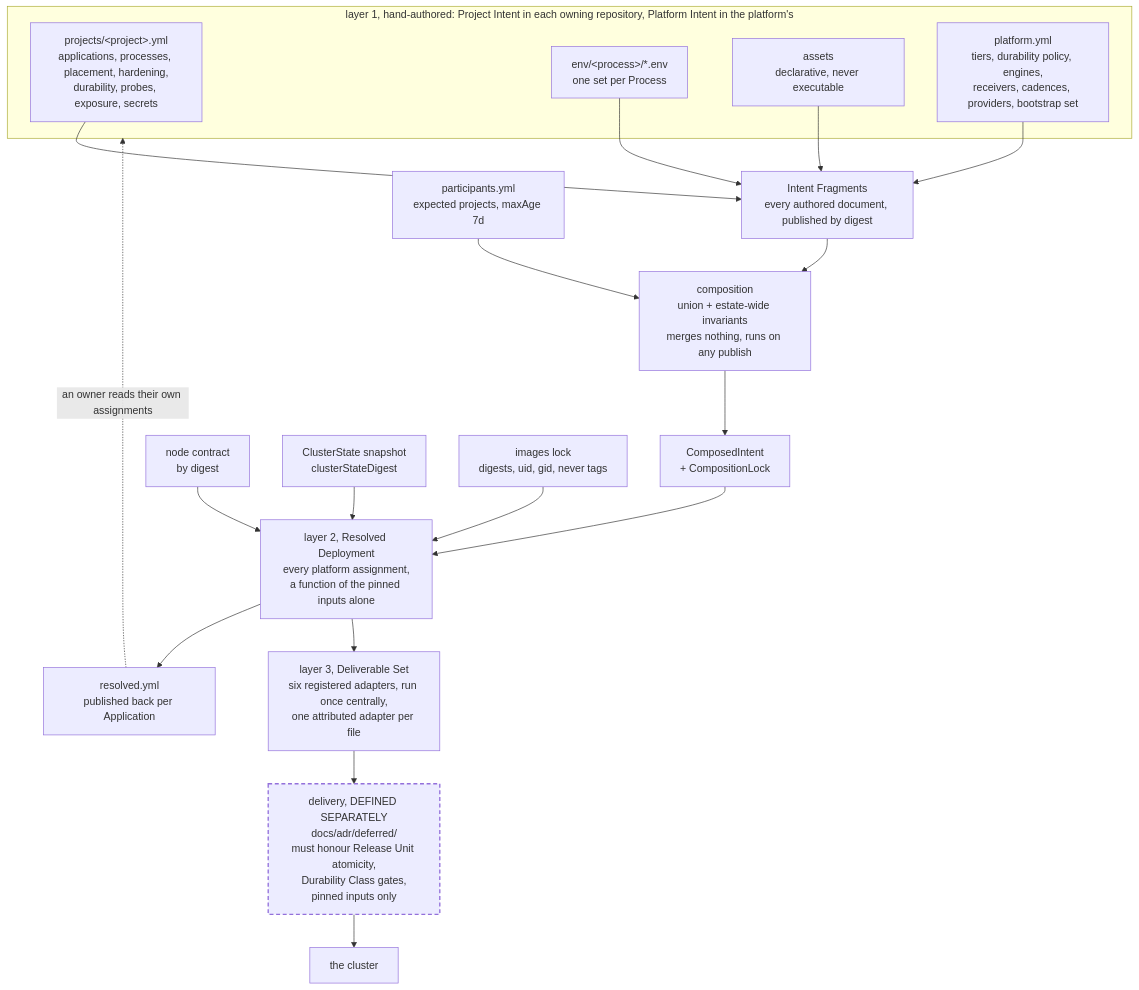
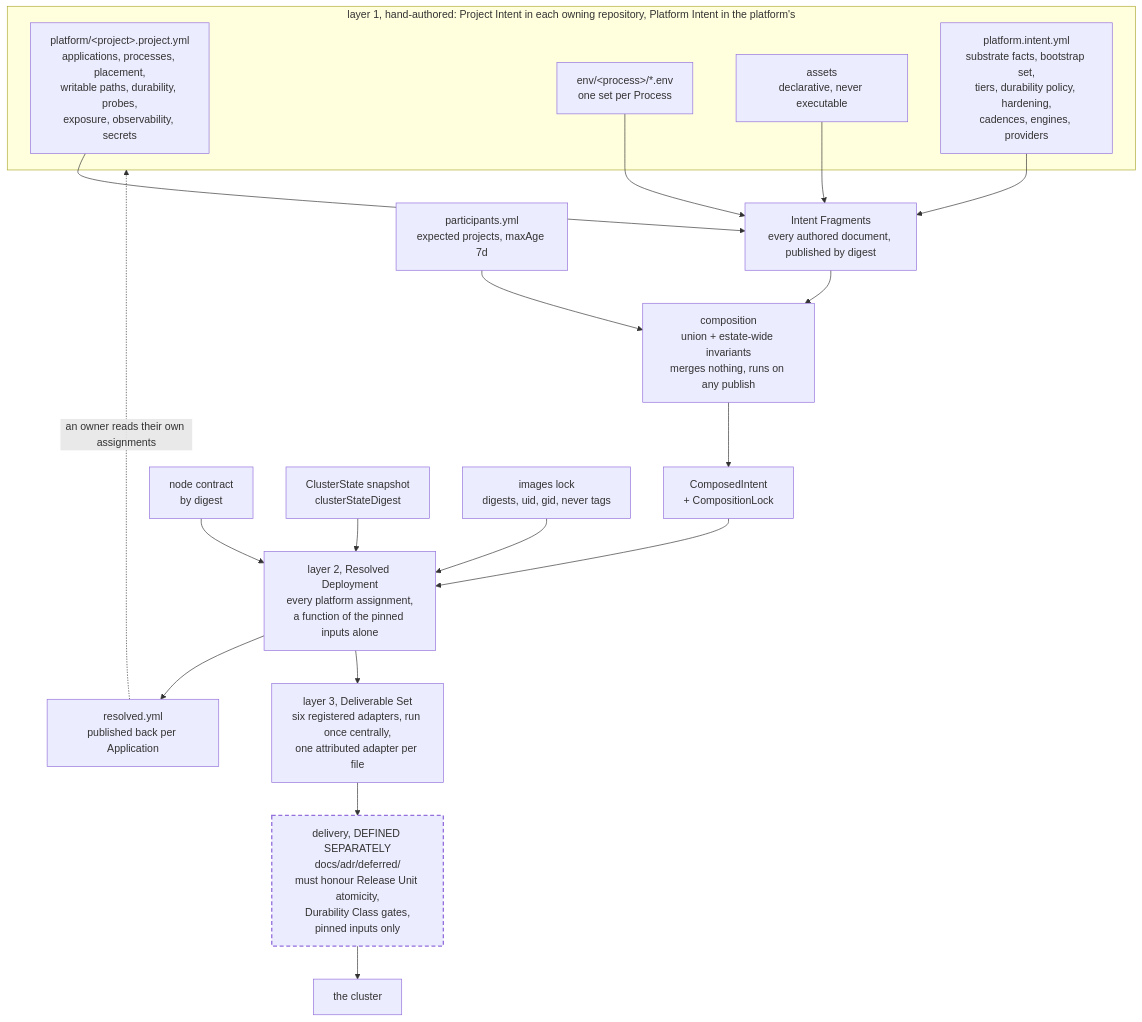
One commit to JorisJonkers-dev/deploy-kit changed the diagram in spec/v1/00-overview.md. Above: the diagram before and after it, drawn with Mermaid. The commit also changed other lines of this file and 33 other files, not shown here.

````diff
--- a/spec/v1/00-overview.md
+++ b/spec/v1/00-overview.md
@@ -418,34 +428,34 @@
 ```mermaid
 flowchart TB
     subgraph AUTH["layer 1, hand-authored: Project Intent in each owning repository, Platform Intent in the platform's"]
-        a1["projects/&lt;project&gt;.yml<br/>applications, processes, placement, hardening,<br/>durability, probes, exposure, secrets"]
+        a1["platform/&lt;project&gt;.project.yml<br/>applications, processes, placement,<br/>writable paths, durability, probes,<br/>exposure, observability, secrets"]
         a2["env/&lt;process&gt;/*.env<br/>one set per Process"]
         a3["assets<br/>declarative, never executable"]
-        a5["platform.yml<br/>tiers, durability policy, engines,<br/>receivers, cadences, providers, bootstrap set"]
+        a5["platform.intent.yml<br/>substrate facts, bootstrap set,<br/>tiers, durability policy, hardening,<br/>cadences, engines, providers"]
     end
 
     a1 --> FR["Intent Fragments<br/>every authored document, published by digest"]
     a2 --> FR
     a3 --> FR
     a5 --> FR
 
     FR --> CO["composition<br/>union + estate-wide invariants<br/>merges nothing, runs on any publish"]
     PAR["participants.yml<br/>expected projects, maxAge 7d"] --> CO
     CO --> CI["ComposedIntent<br/>+ CompositionLock"]
 
     CI --> RES["layer 2, Resolved Deployment<br/>every platform assignment,<br/>a function of the pinned inputs alone"]
     NC["node contract<br/>by digest"] --> RES
     CS["ClusterState snapshot<br/>clusterStateDigest"] --> RES
     IL["images lock<br/>digests, uid, gid, never tags"] --> RES
 
     RES --> RS["resolved.yml<br/>published back per Application"]
     RES --> DS["layer 3, Deliverable Set<br/>six registered adapters, run once centrally,<br/>one attributed adapter per file"]
 
     DS --> DEL["delivery, DEFINED SEPARATELY<br/>docs/adr/deferred/<br/>must honour Release Unit atomicity,<br/>Durability Class gates,<br/>pinned inputs only"]
     DEL --> K["the cluster"]
 
     RS -.->|"an owner reads their own assignments"| AUTH
 
     classDef separate stroke-width:2px,stroke-dasharray:6 4;
     class DEL separate;
 ```
````
